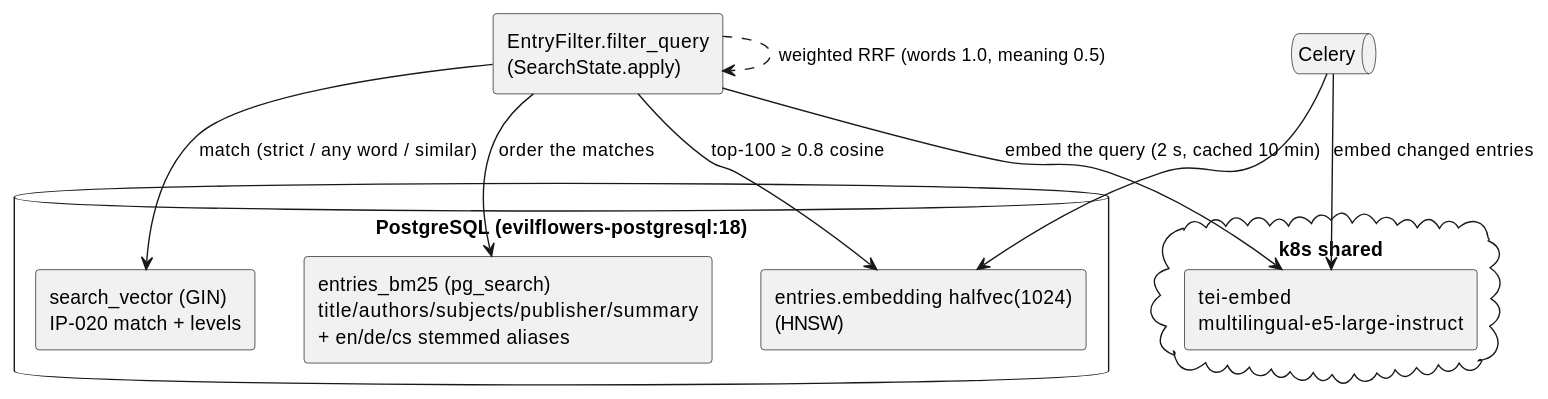
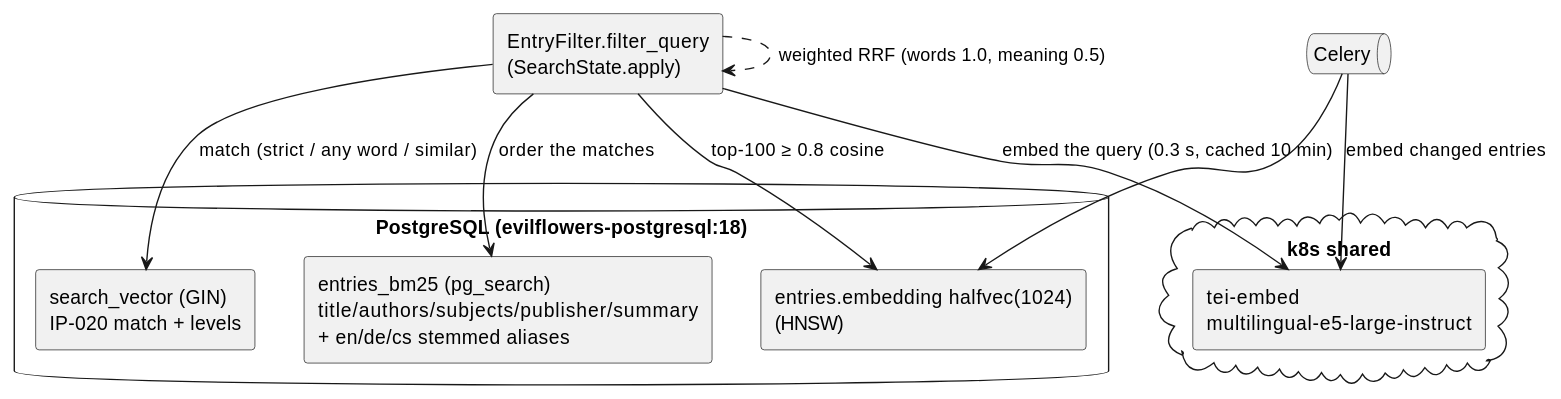
The diagram in docs/proposals/posts/ip-021-catalog-search-phase-2-hybrid.md (EvilFlowersCatalog/EvilFlowersCatalog), drawn with PlantUML before and after one commit. The commit also changed other lines of this file and 14 other files, not shown here.

````diff
--- a/docs/proposals/posts/ip-021-catalog-search-phase-2-hybrid.md
+++ b/docs/proposals/posts/ip-021-catalog-search-phase-2-hybrid.md
@@ -52,22 +52,22 @@
 ```plantuml
 @startuml
 skinparam componentStyle rectangle
 component "EntryFilter.filter_query\n(SearchState.apply)" as search
 database "PostgreSQL (evilflowers-postgresql:18)" {
   component "search_vector (GIN)\nIP-020 match + levels" as tsv
   component "entries_bm25 (pg_search)\ntitle/authors/subjects/publisher/summary\n+ en/de/cs stemmed aliases" as bm25
   component "entries.embedding halfvec(1024)\n(HNSW)" as vec
 }
 cloud "k8s shared" {
   component "tei-embed\nmultilingual-e5-large-instruct" as tei
 }
 queue "Celery" as celery
 search --> tsv : match (strict / any word / similar)
 search --> bm25 : order the matches
-search --> tei : embed the query (2 s, cached 10 min)
+search --> tei : embed the query (0.3 s, cached 10 min)
 search --> vec : top-100 ≥ 0.8 cosine
 search ..> search : weighted RRF (words 1.0, meaning 0.5)
 celery --> tei : embed changed entries
 celery --> vec
 @enduml
 ```
````
